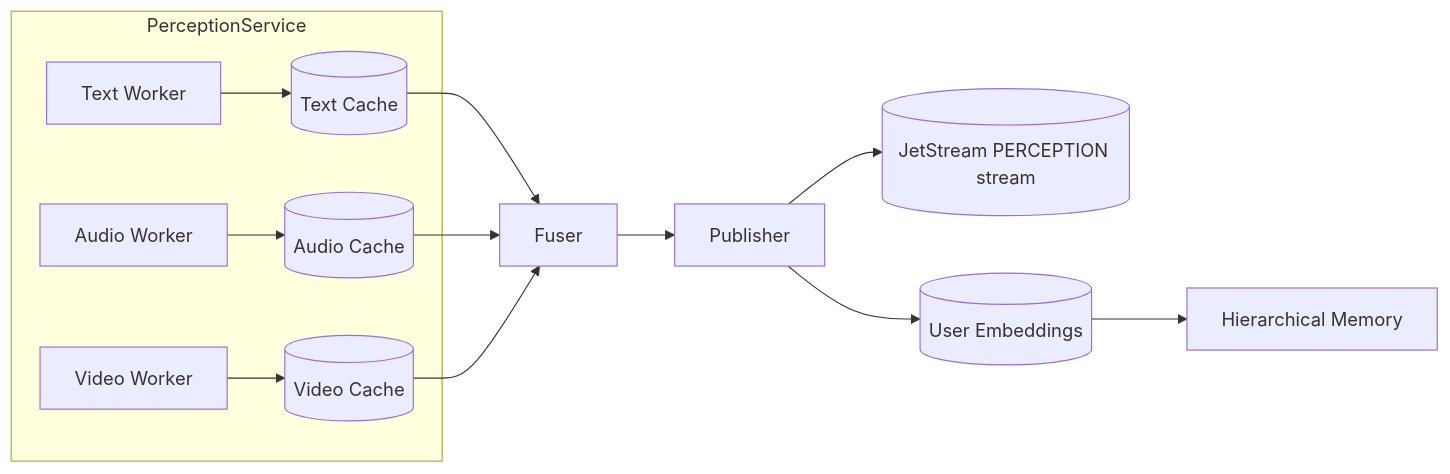
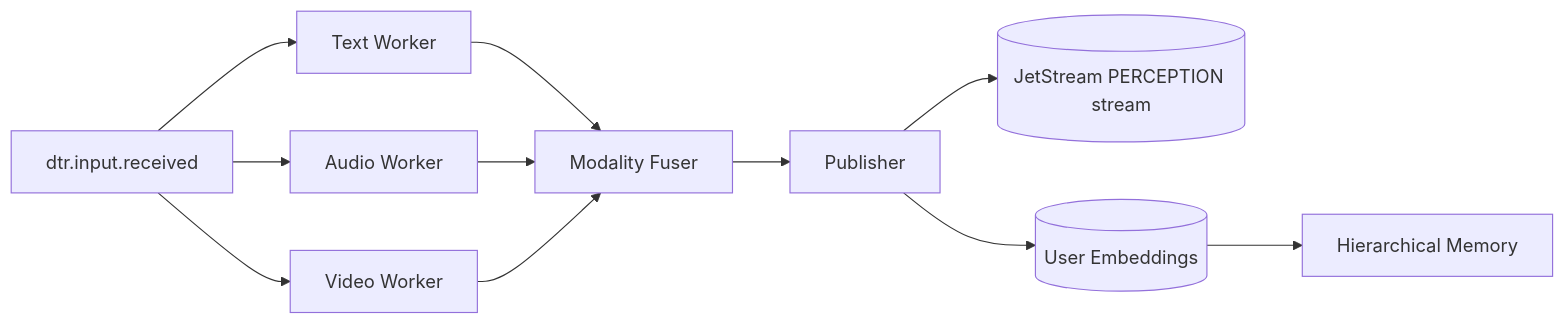
Before and after one commit to d0tTino/DeepThought-ReThought: the diagram in docs/perception_service.md, drawn with Mermaid. The commit also changed other lines of this file, not shown here.

Commit message:
docs: expand perception event example

````diff
--- a/docs/perception_service.md
+++ b/docs/perception_service.md
@@ -9,15 +9,13 @@
 ```mermaid
 flowchart LR
-    subgraph PerceptionService
-        T[Text Worker] --> TC[(Text Cache)]
-        A[Audio Worker] --> AC[(Audio Cache)]
-        V[Video Worker] --> VC[(Video Cache)]
-    end
-    TC --> F[Fuser]
-    AC --> F
-    VC --> F
+    IR[dtr.input.received] --> T[Text Worker]
+    IR --> A[Audio Worker]
+    IR --> V[Video Worker]
+    T --> F[Modality Fuser]
+    A --> F
+    V --> F
     F --> P[Publisher]
     P --> JS[(JetStream PERCEPTION stream)]
     P --> UE[(User Embeddings)]
     UE --> HM[Hierarchical Memory]
 ```
````
